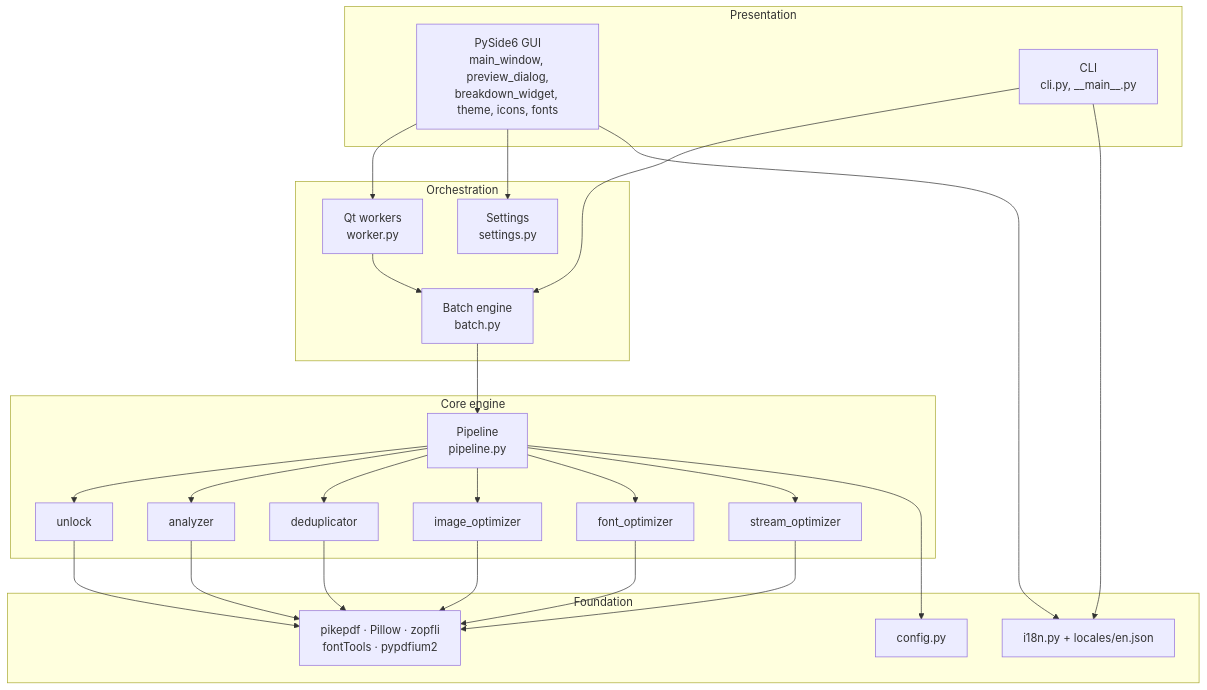
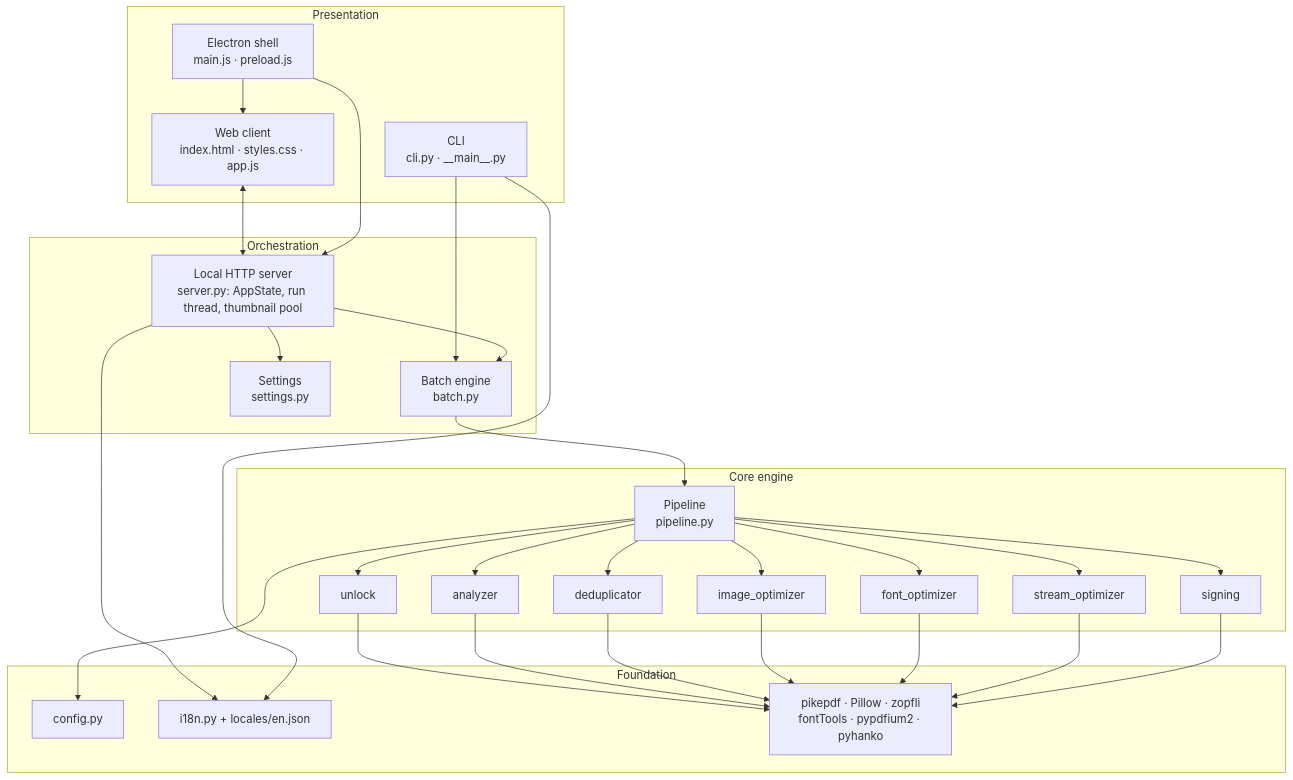
Before and after one commit to thejae/OzemPDF: the first of 2 diagrams in docs/TECHNICAL_SPECIFICATION.md, drawn with Mermaid. The commit also changed other lines of this file and 6 other files, not shown here.

````diff
--- a/docs/TECHNICAL_SPECIFICATION.md
+++ b/docs/TECHNICAL_SPECIFICATION.md
@@ -164,33 +163,38 @@
 ```mermaid
 flowchart TB
     subgraph Presentation
-        G[PySide6 GUI<br/>main_window, preview_dialog,<br/>breakdown_widget, theme, icons, fonts]
-        C[CLI<br/>cli.py, __main__.py]
+        W[Web client<br/>index.html · styles.css · app.js]
+        E[Electron shell<br/>main.js · preload.js]
+        C[CLI<br/>cli.py · __main__.py]
     end
     subgraph Orchestration
+        S[Local HTTP server<br/>server.py: AppState, run thread, thumbnail pool]
         B[Batch engine<br/>batch.py]
-        Q[Qt workers<br/>worker.py]
-        S[Settings<br/>settings.py]
+        SET[Settings<br/>settings.py]
     end
     subgraph Core engine
         P[Pipeline<br/>pipeline.py]
         A1[unlock]
         A2[analyzer]
         A3[deduplicator]
         A4[image_optimizer]
         A5[font_optimizer]
         A6[stream_optimizer]
+        A7[signing]
     end
     subgraph Foundation
         CFG[config.py]
         I18N[i18n.py + locales/en.json]
-        EXT[pikepdf · Pillow · zopfli<br/>fontTools · pypdfium2]
+        EXT[pikepdf · Pillow · zopfli<br/>fontTools · pypdfium2 · pyhanko]
     end
-    G --> Q --> B --> P
+    W <--> S
+    E --> W
+    E --> S
     C --> B
-    G --> S
-    P --> A1 & A2 & A3 & A4 & A5 & A6
-    A1 & A2 & A3 & A4 & A5 & A6 --> EXT
+    S --> B --> P
+    P --> A1 & A2 & A3 & A4 & A5 & A6 & A7
+    A1 & A2 & A3 & A4 & A5 & A6 & A7 --> EXT
     P --> CFG
-    G & C --> I18N
+    S --> SET
+    S & C --> I18N
 ```
````
